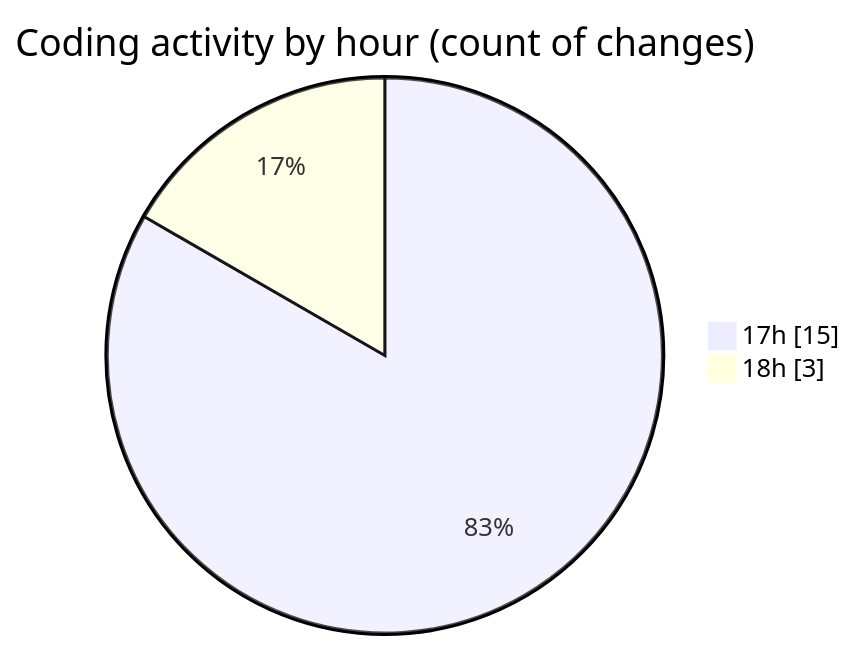
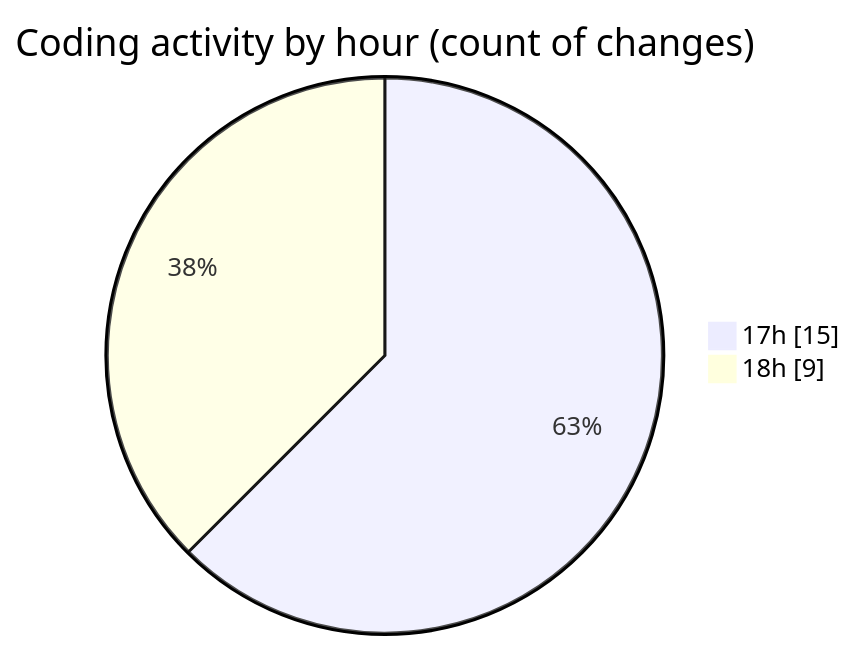
Before and after one commit to charlie-sans/code-tracking: the second of 2 diagrams in 2025-03-09/jmasm/README.md, drawn with Mermaid. The commit also changed other lines of this file and 1 other file, not shown here.

````diff
--- a/2025-03-09/jmasm/README.md
+++ b/2025-03-09/jmasm/README.md
@@ -41,6 +45,6 @@
 ```mermaid
 pie showData
 title Coding activity by hour (count of changes)
 "17h" : 15
-"18h" : 3
+"18h" : 9
 ```
````
